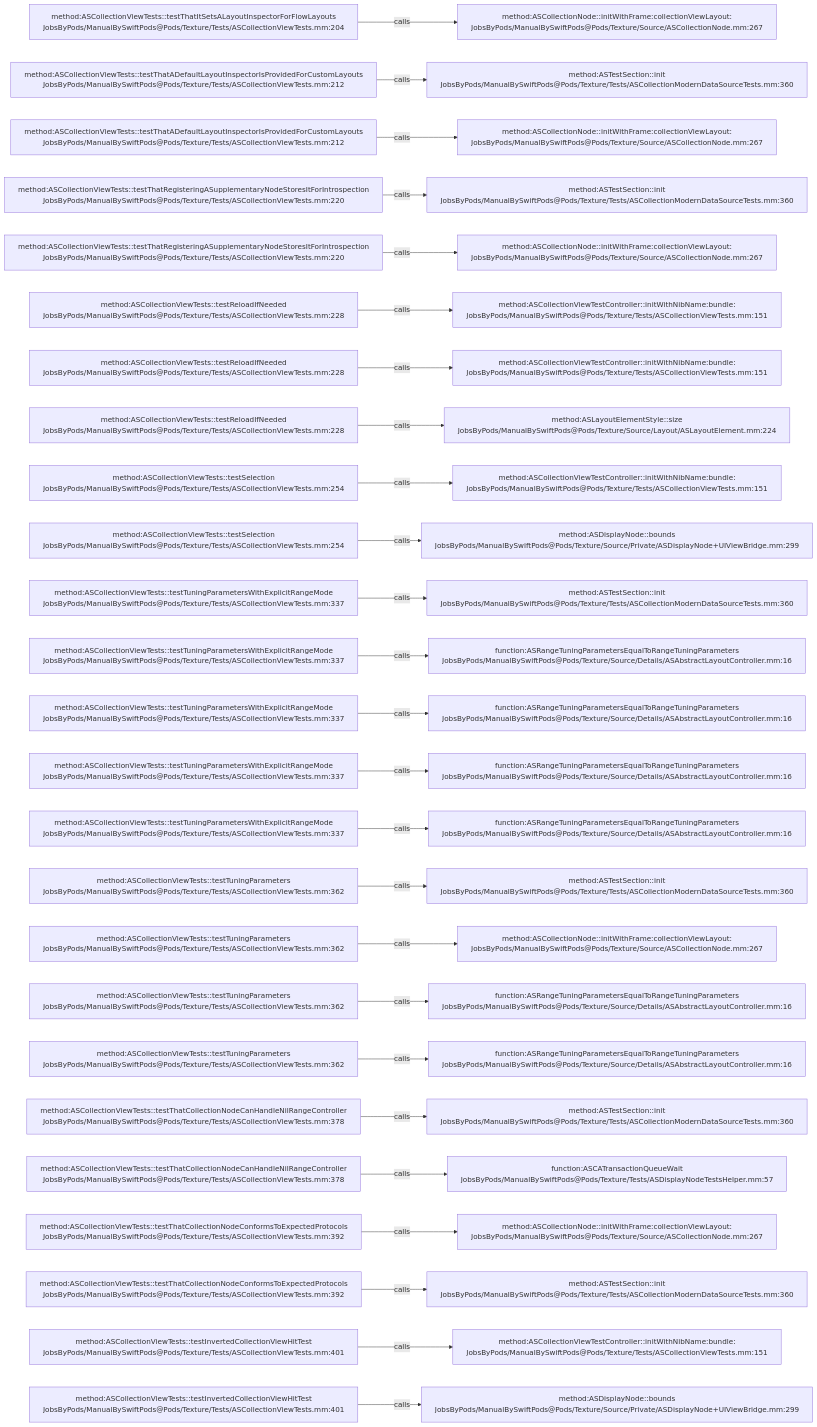
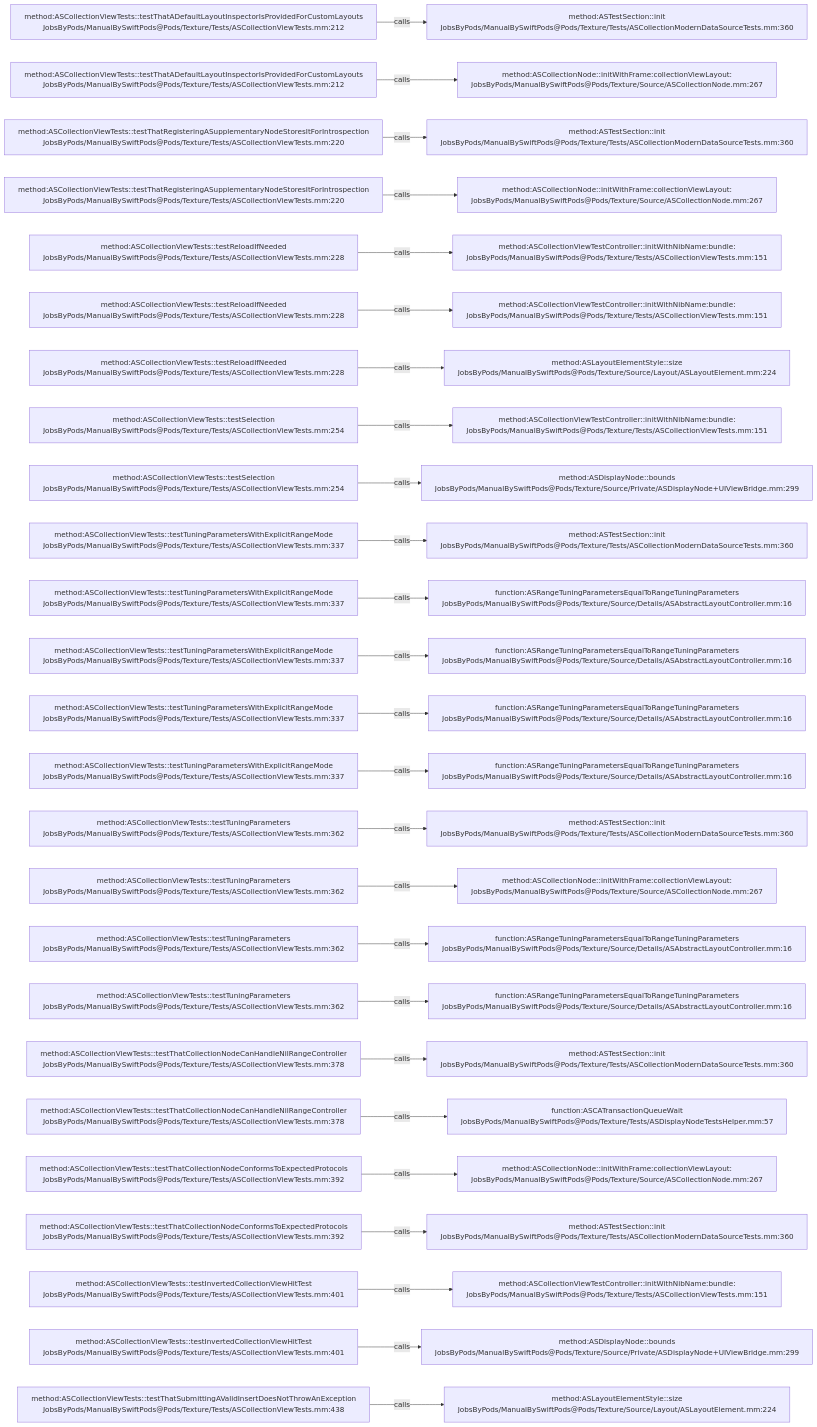
One commit to JobsKits/JobsSwiftBaseConfigDemo changed the diagram in .codegraph/codegraph.md/graphs/calls-171.md. Above: the diagram before and after it, drawn with Mermaid. The commit also changed 747 other files, not shown here.

````diff
--- a/.codegraph/codegraph.md/graphs/calls-171.md
+++ b/.codegraph/codegraph.md/graphs/calls-171.md
@@ -13,78 +13,78 @@
 ```mermaid
 flowchart LR
-  S1["method:ASCollectionViewTests::testThatItSetsALayoutInspectorForFlowLayouts<br/>JobsByPods/ManualBySwiftPods@Pods/Texture/Tests/ASCollectionViewTests.mm:204"]
-  T1["method:ASCollectionNode::initWithFrame:collectionViewLayout:<br/>JobsByPods/ManualBySwiftPods@Pods/Texture/Source/ASCollectionNode.mm:267"]
+  S1["method:ASCollectionViewTests::testThatADefaultLayoutInspectorIsProvidedForCustomLayouts<br/>JobsByPods/ManualBySwiftPods@Pods/Texture/Tests/ASCollectionViewTests.mm:212"]
+  T1["method:ASTestSection::init<br/>JobsByPods/ManualBySwiftPods@Pods/Texture/Tests/ASCollectionModernDataSourceTests.mm:360"]
   S1 -->|calls| T1
   S2["method:ASCollectionViewTests::testThatADefaultLayoutInspectorIsProvidedForCustomLayouts<br/>JobsByPods/ManualBySwiftPods@Pods/Texture/Tests/ASCollectionViewTests.mm:212"]
-  T2["method:ASTestSection::init<br/>JobsByPods/ManualBySwiftPods@Pods/Texture/Tests/ASCollectionModernDataSourceTests.mm:360"]
+  T2["method:ASCollectionNode::initWithFrame:collectionViewLayout:<br/>JobsByPods/ManualBySwiftPods@Pods/Texture/Source/ASCollectionNode.mm:267"]
   S2 -->|calls| T2
-  S3["method:ASCollectionViewTests::testThatADefaultLayoutInspectorIsProvidedForCustomLayouts<br/>JobsByPods/ManualBySwiftPods@Pods/Texture/Tests/ASCollectionViewTests.mm:212"]
-  T3["method:ASCollectionNode::initWithFrame:collectionViewLayout:<br/>JobsByPods/ManualBySwiftPods@Pods/Texture/Source/ASCollectionNode.mm:267"]
+  S3["method:ASCollectionViewTests::testThatRegisteringASupplementaryNodeStoresItForIntrospection<br/>JobsByPods/ManualBySwiftPods@Pods/Texture/Tests/ASCollectionViewTests.mm:220"]
+  T3["method:ASTestSection::init<br/>JobsByPods/ManualBySwiftPods@Pods/Texture/Tests/ASCollectionModernDataSourceTests.mm:360"]
   S3 -->|calls| T3
   S4["method:ASCollectionViewTests::testThatRegisteringASupplementaryNodeStoresItForIntrospection<br/>JobsByPods/ManualBySwiftPods@Pods/Texture/Tests/ASCollectionViewTests.mm:220"]
-  T4["method:ASTestSection::init<br/>JobsByPods/ManualBySwiftPods@Pods/Texture/Tests/ASCollectionModernDataSourceTests.mm:360"]
+  T4["method:ASCollectionNode::initWithFrame:collectionViewLayout:<br/>JobsByPods/ManualBySwiftPods@Pods/Texture/Source/ASCollectionNode.mm:267"]
   S4 -->|calls| T4
-  S5["method:ASCollectionViewTests::testThatRegisteringASupplementaryNodeStoresItForIntrospection<br/>JobsByPods/ManualBySwiftPods@Pods/Texture/Tests/ASCollectionViewTests.mm:220"]
-  T5["method:ASCollectionNode::initWithFrame:collectionViewLayout:<br/>JobsByPods/ManualBySwiftPods@Pods/Texture/Source/ASCollectionNode.mm:267"]
+  S5["method:ASCollectionViewTests::testReloadIfNeeded<br/>JobsByPods/ManualBySwiftPods@Pods/Texture/Tests/ASCollectionViewTests.mm:228"]
+  T5["method:ASCollectionViewTestController::initWithNibName:bundle:<br/>JobsByPods/ManualBySwiftPods@Pods/Texture/Tests/ASCollectionViewTests.mm:151"]
   S5 -->|calls| T5
   S6["method:ASCollectionViewTests::testReloadIfNeeded<br/>JobsByPods/ManualBySwiftPods@Pods/Texture/Tests/ASCollectionViewTests.mm:228"]
   T6["method:ASCollectionViewTestController::initWithNibName:bundle:<br/>JobsByPods/ManualBySwiftPods@Pods/Texture/Tests/ASCollectionViewTests.mm:151"]
   S6 -->|calls| T6
   S7["method:ASCollectionViewTests::testReloadIfNeeded<br/>JobsByPods/ManualBySwiftPods@Pods/Texture/Tests/ASCollectionViewTests.mm:228"]
-  T7["method:ASCollectionViewTestController::initWithNibName:bundle:<br/>JobsByPods/ManualBySwiftPods@Pods/Texture/Tests/ASCollectionViewTests.mm:151"]
+  T7["method:ASLayoutElementStyle::size<br/>JobsByPods/ManualBySwiftPods@Pods/Texture/Source/Layout/ASLayoutElement.mm:224"]
   S7 -->|calls| T7
-  S8["method:ASCollectionViewTests::testReloadIfNeeded<br/>JobsByPods/ManualBySwiftPods@Pods/Texture/Tests/ASCollectionViewTests.mm:228"]
-  T8["method:ASLayoutElementStyle::size<br/>JobsByPods/ManualBySwiftPods@Pods/Texture/Source/Layout/ASLayoutElement.mm:224"]
+  S8["method:ASCollectionViewTests::testSelection<br/>JobsByPods/ManualBySwiftPods@Pods/Texture/Tests/ASCollectionViewTests.mm:254"]
+  T8["method:ASCollectionViewTestController::initWithNibName:bundle:<br/>JobsByPods/ManualBySwiftPods@Pods/Texture/Tests/ASCollectionViewTests.mm:151"]
   S8 -->|calls| T8
   S9["method:ASCollectionViewTests::testSelection<br/>JobsByPods/ManualBySwiftPods@Pods/Texture/Tests/ASCollectionViewTests.mm:254"]
-  T9["method:ASCollectionViewTestController::initWithNibName:bundle:<br/>JobsByPods/ManualBySwiftPods@Pods/Texture/Tests/ASCollectionViewTests.mm:151"]
+  T9["method:ASDisplayNode::bounds<br/>JobsByPods/ManualBySwiftPods@Pods/Texture/Source/Private/ASDisplayNode+UIViewBridge.mm:299"]
   S9 -->|calls| T9
-  S10["method:ASCollectionViewTests::testSelection<br/>JobsByPods/ManualBySwiftPods@Pods/Texture/Tests/ASCollectionViewTests.mm:254"]
-  T10["method:ASDisplayNode::bounds<br/>JobsByPods/ManualBySwiftPods@Pods/Texture/Source/Private/ASDisplayNode+UIViewBridge.mm:299"]
+  S10["method:ASCollectionViewTests::testTuningParametersWithExplicitRangeMode<br/>JobsByPods/ManualBySwiftPods@Pods/Texture/Tests/ASCollectionViewTests.mm:337"]
+  T10["method:ASTestSection::init<br/>JobsByPods/ManualBySwiftPods@Pods/Texture/Tests/ASCollectionModernDataSourceTests.mm:360"]
   S10 -->|calls| T10
   S11["method:ASCollectionViewTests::testTuningParametersWithExplicitRangeMode<br/>JobsByPods/ManualBySwiftPods@Pods/Texture/Tests/ASCollectionViewTests.mm:337"]
-  T11["method:ASTestSection::init<br/>JobsByPods/ManualBySwiftPods@Pods/Texture/Tests/ASCollectionModernDataSourceTests.mm:360"]
+  T11["function:ASRangeTuningParametersEqualToRangeTuningParameters<br/>JobsByPods/ManualBySwiftPods@Pods/Texture/Source/Details/ASAbstractLayoutController.mm:16"]
   S11 -->|calls| T11
   S12["method:ASCollectionViewTests::testTuningParametersWithExplicitRangeMode<br/>JobsByPods/ManualBySwiftPods@Pods/Texture/Tests/ASCollectionViewTests.mm:337"]
   T12["function:ASRangeTuningParametersEqualToRangeTuningParameters<br/>JobsByPods/ManualBySwiftPods@Pods/Texture/Source/Details/ASAbstractLayoutController.mm:16"]
   S12 -->|calls| T12
   S13["method:ASCollectionViewTests::testTuningParametersWithExplicitRangeMode<br/>JobsByPods/ManualBySwiftPods@Pods/Texture/Tests/ASCollectionViewTests.mm:337"]
   T13["function:ASRangeTuningParametersEqualToRangeTuningParameters<br/>JobsByPods/ManualBySwiftPods@Pods/Texture/Source/Details/ASAbstractLayoutController.mm:16"]
   S13 -->|calls| T13
   S14["method:ASCollectionViewTests::testTuningParametersWithExplicitRangeMode<br/>JobsByPods/ManualBySwiftPods@Pods/Texture/Tests/ASCollectionViewTests.mm:337"]
   T14["function:ASRangeTuningParametersEqualToRangeTuningParameters<br/>JobsByPods/ManualBySwiftPods@Pods/Texture/Source/Details/ASAbstractLayoutController.mm:16"]
   S14 -->|calls| T14
-  S15["method:ASCollectionViewTests::testTuningParametersWithExplicitRangeMode<br/>JobsByPods/ManualBySwiftPods@Pods/Texture/Tests/ASCollectionViewTests.mm:337"]
-  T15["function:ASRangeTuningParametersEqualToRangeTuningParameters<br/>JobsByPods/ManualBySwiftPods@Pods/Texture/Source/Details/ASAbstractLayoutController.mm:16"]
+  S15["method:ASCollectionViewTests::testTuningParameters<br/>JobsByPods/ManualBySwiftPods@Pods/Texture/Tests/ASCollectionViewTests.mm:362"]
+  T15["method:ASTestSection::init<br/>JobsByPods/ManualBySwiftPods@Pods/Texture/Tests/ASCollectionModernDataSourceTests.mm:360"]
   S15 -->|calls| T15
   S16["method:ASCollectionViewTests::testTuningParameters<br/>JobsByPods/ManualBySwiftPods@Pods/Texture/Tests/ASCollectionViewTests.mm:362"]
-  T16["method:ASTestSection::init<br/>JobsByPods/ManualBySwiftPods@Pods/Texture/Tests/ASCollectionModernDataSourceTests.mm:360"]
+  T16["method:ASCollectionNode::initWithFrame:collectionViewLayout:<br/>JobsByPods/ManualBySwiftPods@Pods/Texture/Source/ASCollectionNode.mm:267"]
   S16 -->|calls| T16
   S17["method:ASCollectionViewTests::testTuningParameters<br/>JobsByPods/ManualBySwiftPods@Pods/Texture/Tests/ASCollectionViewTests.mm:362"]
-  T17["method:ASCollectionNode::initWithFrame:collectionViewLayout:<br/>JobsByPods/ManualBySwiftPods@Pods/Texture/Source/ASCollectionNode.mm:267"]
+  T17["function:ASRangeTuningParametersEqualToRangeTuningParameters<br/>JobsByPods/ManualBySwiftPods@Pods/Texture/Source/Details/ASAbstractLayoutController.mm:16"]
   S17 -->|calls| T17
   S18["method:ASCollectionViewTests::testTuningParameters<br/>JobsByPods/ManualBySwiftPods@Pods/Texture/Tests/ASCollectionViewTests.mm:362"]
   T18["function:ASRangeTuningParametersEqualToRangeTuningParameters<br/>JobsByPods/ManualBySwiftPods@Pods/Texture/Source/Details/ASAbstractLayoutController.mm:16"]
   S18 -->|calls| T18
-  S19["method:ASCollectionViewTests::testTuningParameters<br/>JobsByPods/ManualBySwiftPods@Pods/Texture/Tests/ASCollectionViewTests.mm:362"]
-  T19["function:ASRangeTuningParametersEqualToRangeTuningParameters<br/>JobsByPods/ManualBySwiftPods@Pods/Texture/Source/Details/ASAbstractLayoutController.mm:16"]
+  S19["method:ASCollectionViewTests::testThatCollectionNodeCanHandleNilRangeController<br/>JobsByPods/ManualBySwiftPods@Pods/Texture/Tests/ASCollectionViewTests.mm:378"]
+  T19["method:ASTestSection::init<br/>JobsByPods/ManualBySwiftPods@Pods/Texture/Tests/ASCollectionModernDataSourceTests.mm:360"]
   S19 -->|calls| T19
   S20["method:ASCollectionViewTests::testThatCollectionNodeCanHandleNilRangeController<br/>JobsByPods/ManualBySwiftPods@Pods/Texture/Tests/ASCollectionViewTests.mm:378"]
-  T20["method:ASTestSection::init<br/>JobsByPods/ManualBySwiftPods@Pods/Texture/Tests/ASCollectionModernDataSourceTests.mm:360"]
+  T20["function:ASCATransactionQueueWait<br/>JobsByPods/ManualBySwiftPods@Pods/Texture/Tests/ASDisplayNodeTestsHelper.mm:57"]
   S20 -->|calls| T20
-  S21["method:ASCollectionViewTests::testThatCollectionNodeCanHandleNilRangeController<br/>JobsByPods/ManualBySwiftPods@Pods/Texture/Tests/ASCollectionViewTests.mm:378"]
-  T21["function:ASCATransactionQueueWait<br/>JobsByPods/ManualBySwiftPods@Pods/Texture/Tests/ASDisplayNodeTestsHelper.mm:57"]
+  S21["method:ASCollectionViewTests::testThatCollectionNodeConformsToExpectedProtocols<br/>JobsByPods/ManualBySwiftPods@Pods/Texture/Tests/ASCollectionViewTests.mm:392"]
+  T21["method:ASCollectionNode::initWithFrame:collectionViewLayout:<br/>JobsByPods/ManualBySwiftPods@Pods/Texture/Source/ASCollectionNode.mm:267"]
   S21 -->|calls| T21
   S22["method:ASCollectionViewTests::testThatCollectionNodeConformsToExpectedProtocols<br/>JobsByPods/ManualBySwiftPods@Pods/Texture/Tests/ASCollectionViewTests.mm:392"]
-  T22["method:ASCollectionNode::initWithFrame:collectionViewLayout:<br/>JobsByPods/ManualBySwiftPods@Pods/Texture/Source/ASCollectionNode.mm:267"]
+  T22["method:ASTestSection::init<br/>JobsByPods/ManualBySwiftPods@Pods/Texture/Tests/ASCollectionModernDataSourceTests.mm:360"]
   S22 -->|calls| T22
-  S23["method:ASCollectionViewTests::testThatCollectionNodeConformsToExpectedProtocols<br/>JobsByPods/ManualBySwiftPods@Pods/Texture/Tests/ASCollectionViewTests.mm:392"]
-  T23["method:ASTestSection::init<br/>JobsByPods/ManualBySwiftPods@Pods/Texture/Tests/ASCollectionModernDataSourceTests.mm:360"]
+  S23["method:ASCollectionViewTests::testInvertedCollectionViewHitTest<br/>JobsByPods/ManualBySwiftPods@Pods/Texture/Tests/ASCollectionViewTests.mm:401"]
+  T23["method:ASCollectionViewTestController::initWithNibName:bundle:<br/>JobsByPods/ManualBySwiftPods@Pods/Texture/Tests/ASCollectionViewTests.mm:151"]
   S23 -->|calls| T23
   S24["method:ASCollectionViewTests::testInvertedCollectionViewHitTest<br/>JobsByPods/ManualBySwiftPods@Pods/Texture/Tests/ASCollectionViewTests.mm:401"]
-  T24["method:ASCollectionViewTestController::initWithNibName:bundle:<br/>JobsByPods/ManualBySwiftPods@Pods/Texture/Tests/ASCollectionViewTests.mm:151"]
+  T24["method:ASDisplayNode::bounds<br/>JobsByPods/ManualBySwiftPods@Pods/Texture/Source/Private/ASDisplayNode+UIViewBridge.mm:299"]
   S24 -->|calls| T24
-  S25["method:ASCollectionViewTests::testInvertedCollectionViewHitTest<br/>JobsByPods/ManualBySwiftPods@Pods/Texture/Tests/ASCollectionViewTests.mm:401"]
-  T25["method:ASDisplayNode::bounds<br/>JobsByPods/ManualBySwiftPods@Pods/Texture/Source/Private/ASDisplayNode+UIViewBridge.mm:299"]
+  S25["method:ASCollectionViewTests::testThatSubmittingAValidInsertDoesNotThrowAnException<br/>JobsByPods/ManualBySwiftPods@Pods/Texture/Tests/ASCollectionViewTests.mm:438"]
+  T25["method:ASLayoutElementStyle::size<br/>JobsByPods/ManualBySwiftPods@Pods/Texture/Source/Layout/ASLayoutElement.mm:224"]
   S25 -->|calls| T25
 ```
````
